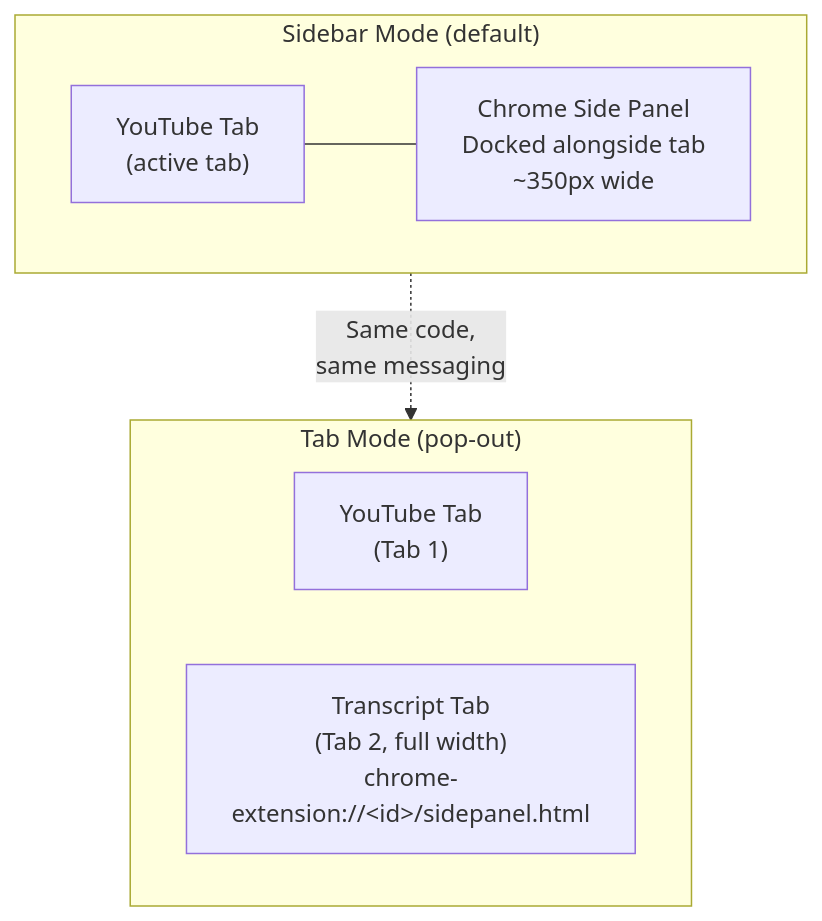
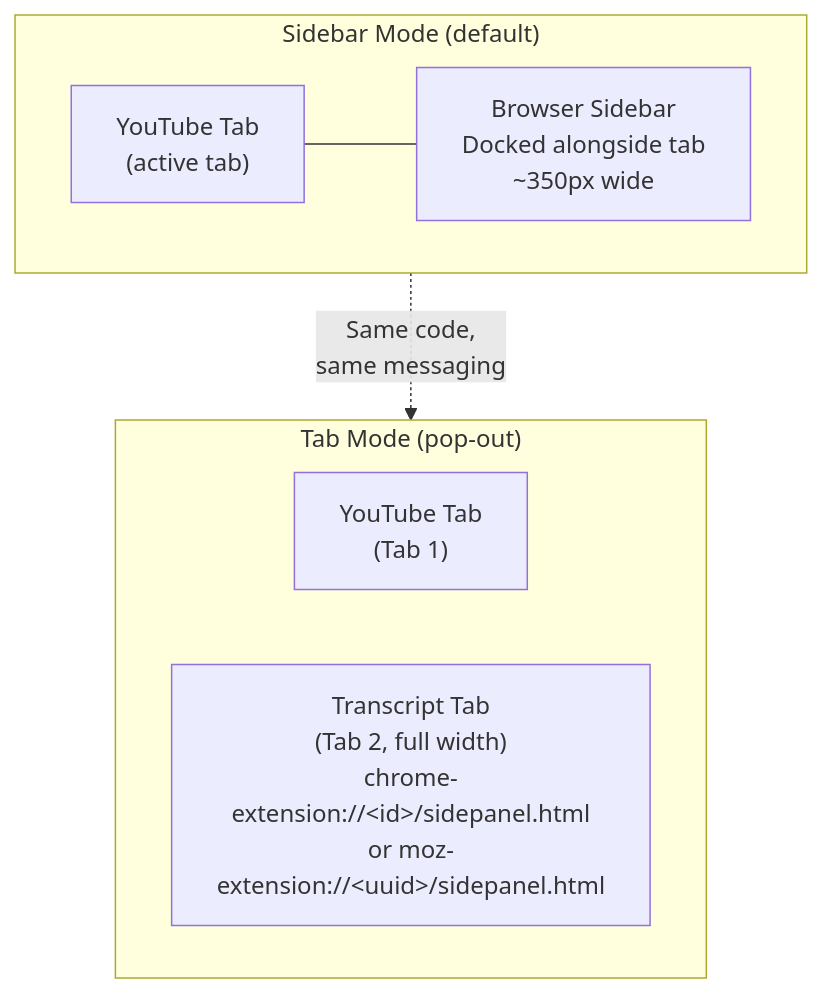
One commit to tednaleid/quoth changed the seventh of 7 diagrams in docs/spec/architecture.md. Above: the diagram before and after it, drawn with Mermaid. The commit also changed other lines of this file, not shown here.

First line of the commit message:
Rewrite architecture.md: direct messaging, Firefox, TabConnector

````diff
--- a/docs/spec/architecture.md
+++ b/docs/spec/architecture.md
@@ -213,17 +257,17 @@
 ```mermaid
 graph TB
     subgraph "Sidebar Mode (default)"
         direction LR
         YT1["YouTube Tab<br/>(active tab)"]
-        SP1["Chrome Side Panel<br/>Docked alongside tab<br/>~350px wide"]
+        SP1["Browser Sidebar<br/>Docked alongside tab<br/>~350px wide"]
         YT1 --- SP1
     end
 
     subgraph "Tab Mode (pop-out)"
         direction LR
         YT2["YouTube Tab<br/>(Tab 1)"]
-        SP2["Transcript Tab<br/>(Tab 2, full width)<br/>chrome-extension://&lt;id&gt;/sidepanel.html"]
+        SP2["Transcript Tab<br/>(Tab 2, full width)<br/>chrome-extension://&lt;id&gt;/sidepanel.html<br/>or moz-extension://&lt;uuid&gt;/sidepanel.html"]
     end
 
     SP1 -. "Same code,<br/>same messaging" .-> SP2
 ```
````
